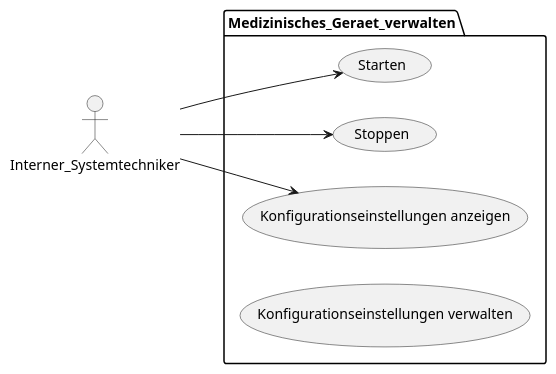
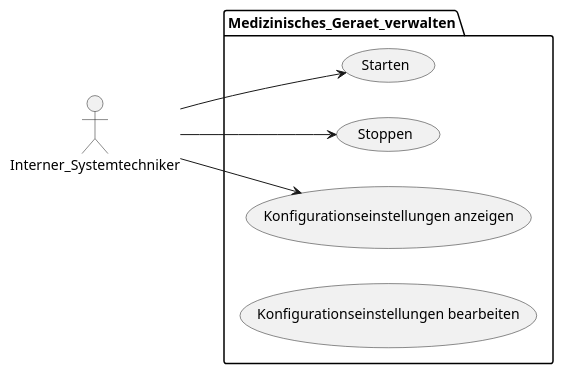
One commit to helenlaible/ss23-kba-project changed the tenth of 12 diagrams in docs/2_planning/1_business_use_cases.md. Above: the diagram before and after it, drawn with PlantUML.

Commit message:
Update 1_business_use_cases.md
2.Anpassung UC(Interne Systemtechniker)

````diff
--- a/docs/2_planning/1_business_use_cases.md
+++ b/docs/2_planning/1_business_use_cases.md
@@ -259,16 +259,16 @@
 ```plantuml UC Medizinisches Geraet verwalten
 @startuml
 left to right direction
 actor Interner_Systemtechniker as is
 package Medizinisches_Geraet_verwalten {
   usecase "Starten" as UC1
   usecase "Stoppen" as UC2
   usecase "Konfigurationseinstellungen anzeigen" as UC3
-  usecase "Konfigurationseinstellungen verwalten" as UC4
+  usecase "Konfigurationseinstellungen bearbeiten" as UC4
 }
 
 is --> UC1
 is --> UC2
 is --> UC3
 @enduml
 ```
````
